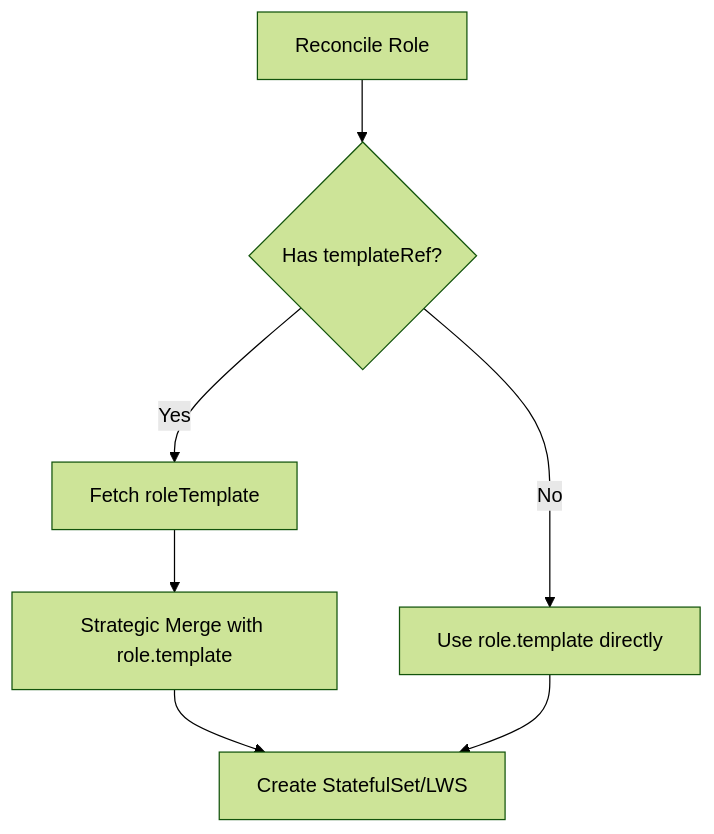
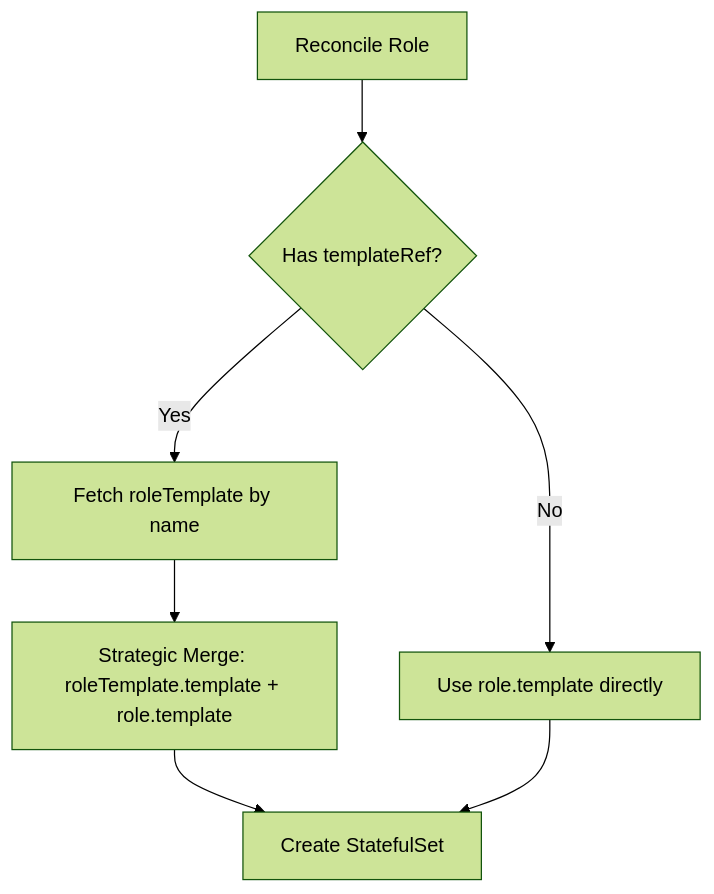
One commit to sgl-project/rbg changed the first of 2 diagrams in keps/8-reduce-yaml-duplication/README.md. Above: the diagram before and after it, drawn with Mermaid (forest theme). The commit also changed other lines of this file, not shown here.

````diff
--- a/keps/8-reduce-yaml-duplication/README.md
+++ b/keps/8-reduce-yaml-duplication/README.md
@@ -231,9 +233,9 @@
 ```mermaid
 flowchart TD
     A[Reconcile Role] --> B{Has templateRef?}
-    B -->|Yes| C[Fetch roleTemplate]
-    C --> D[Strategic Merge with role.template]
-    D --> E[Create StatefulSet/LWS]
+    B -->|Yes| C[Fetch roleTemplate by name]
+    C --> D[Strategic Merge: roleTemplate.template + role.template]
+    D --> E[Create StatefulSet]
     B -->|No| F[Use role.template directly]
     F --> E
 ```
````
